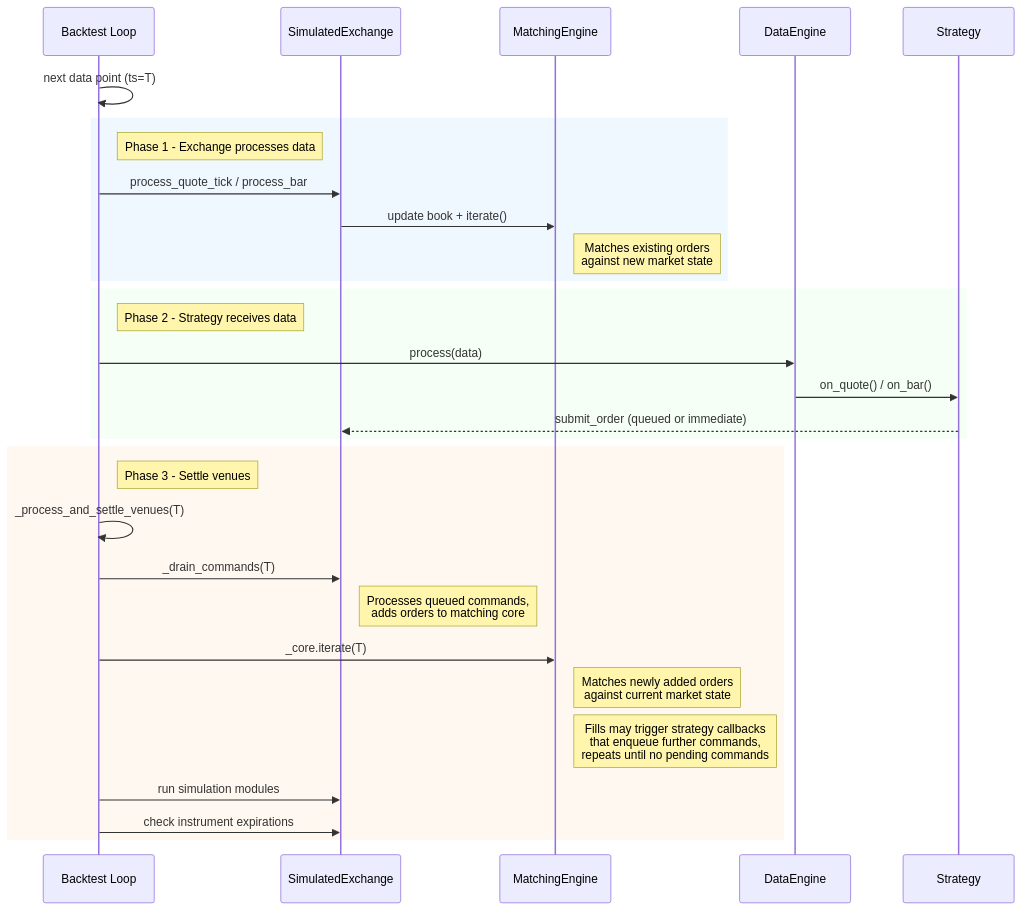
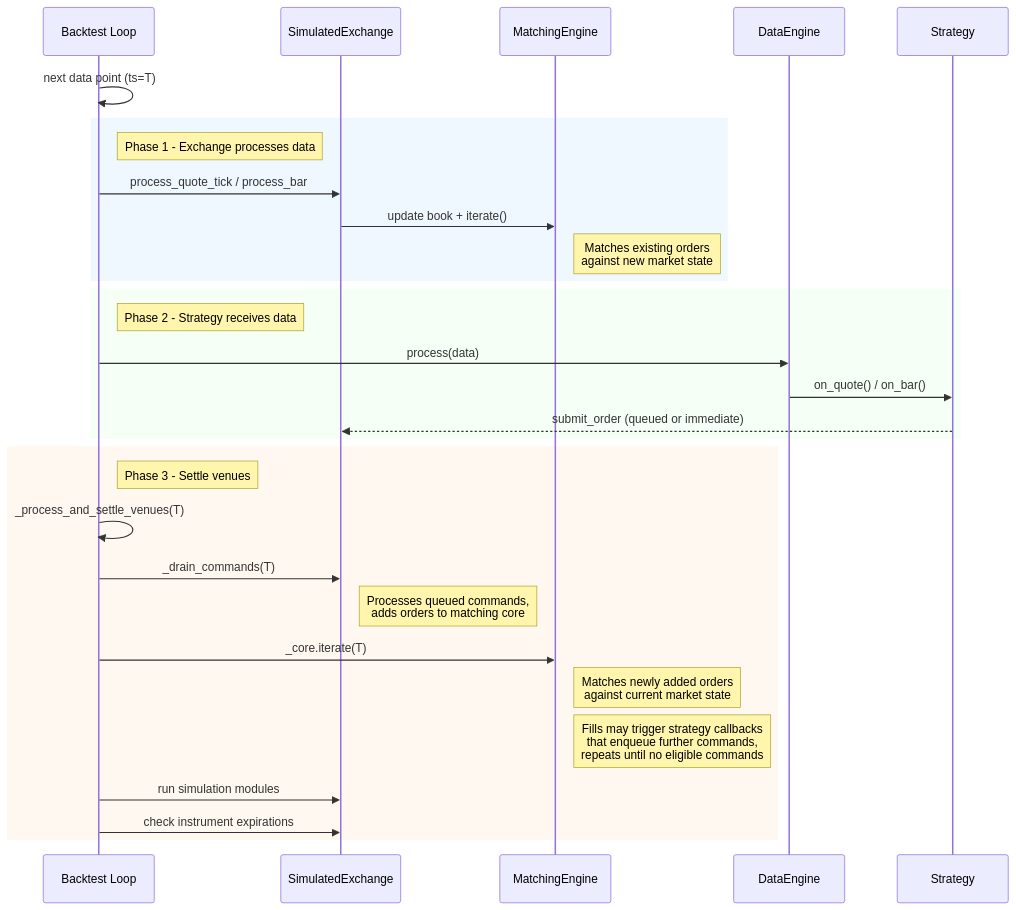
Before and after one commit to nautechsystems/nautilus_trader: the diagram in docs/concepts/backtesting/execution-flow.md, drawn with Mermaid. The commit also changed other lines of this file and 4 other files, not shown here.

````diff
--- a/docs/concepts/backtesting/execution-flow.md
+++ b/docs/concepts/backtesting/execution-flow.md
@@ -26,36 +27,36 @@
 ```mermaid
 sequenceDiagram
     participant BL as Backtest Loop
     participant Exch as SimulatedExchange
     participant ME as MatchingEngine
     participant DE as DataEngine
     participant Stgy as Strategy
 
     BL->>BL: next data point (ts=T)
 
     rect rgb(240, 248, 255)
     note right of BL: Phase 1 - Exchange processes data
     BL->>Exch: process_quote_tick / process_bar
     Exch->>ME: update book + iterate()
     note right of ME: Matches existing orders<br/>against new market state
     end
 
     rect rgb(245, 255, 245)
     note right of BL: Phase 2 - Strategy receives data
     BL->>DE: process(data)
     DE->>Stgy: on_quote() / on_bar()
     Stgy-->>Exch: submit_order (queued or immediate)
     end
 
     rect rgb(255, 248, 240)
     note right of BL: Phase 3 - Settle venues
     BL->>BL: _process_and_settle_venues(T)
     BL->>Exch: _drain_commands(T)
     note right of Exch: Processes queued commands,<br/>adds orders to matching core
     BL->>ME: _core.iterate(T)
     note right of ME: Matches newly added orders<br/>against current market state
-    note right of ME: Fills may trigger strategy callbacks<br/>that enqueue further commands,<br/>repeats until no pending commands
+    note right of ME: Fills may trigger strategy callbacks<br/>that enqueue further commands,<br/>repeats until no eligible commands
     BL->>Exch: run simulation modules
     BL->>Exch: check instrument expirations
     end
 ```
````
